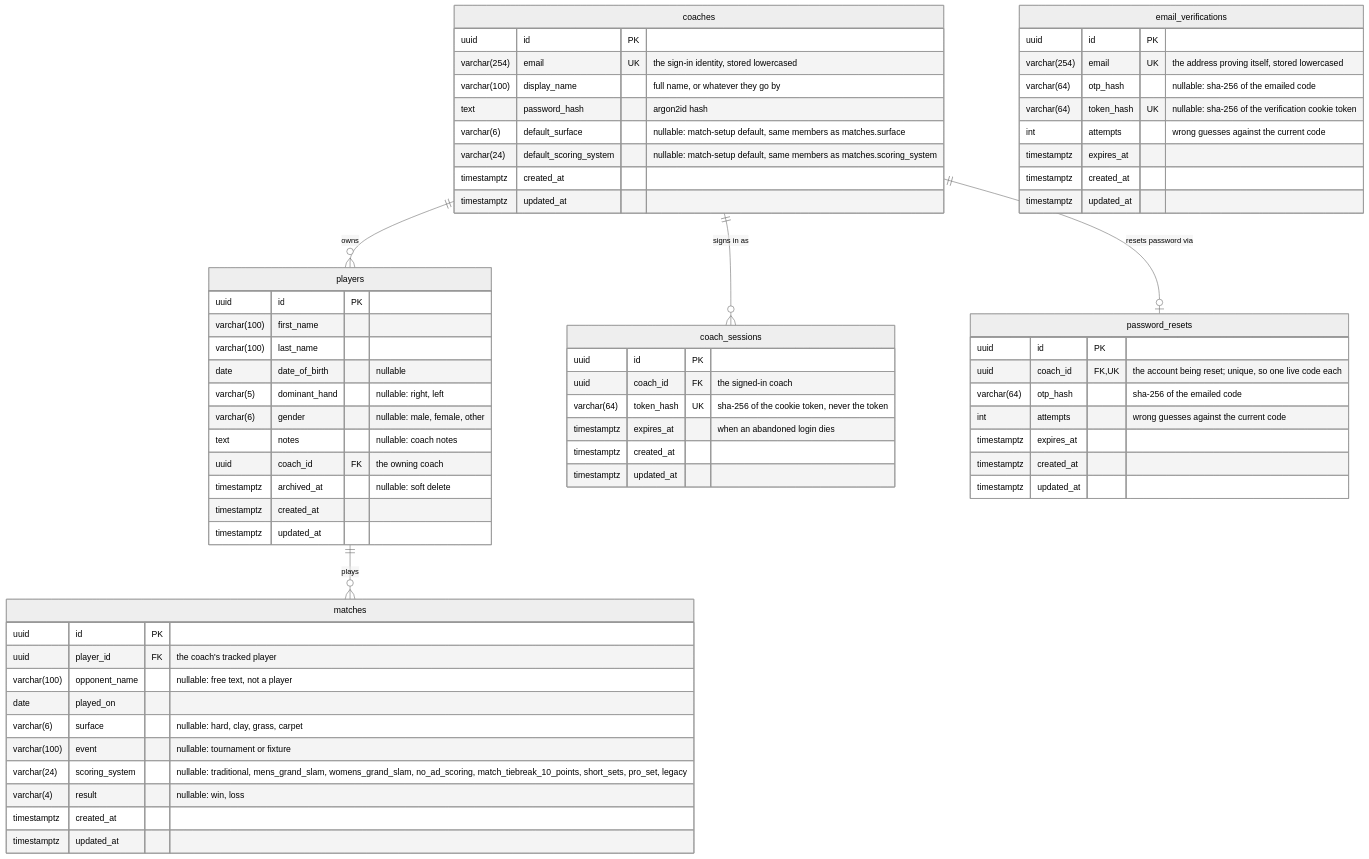
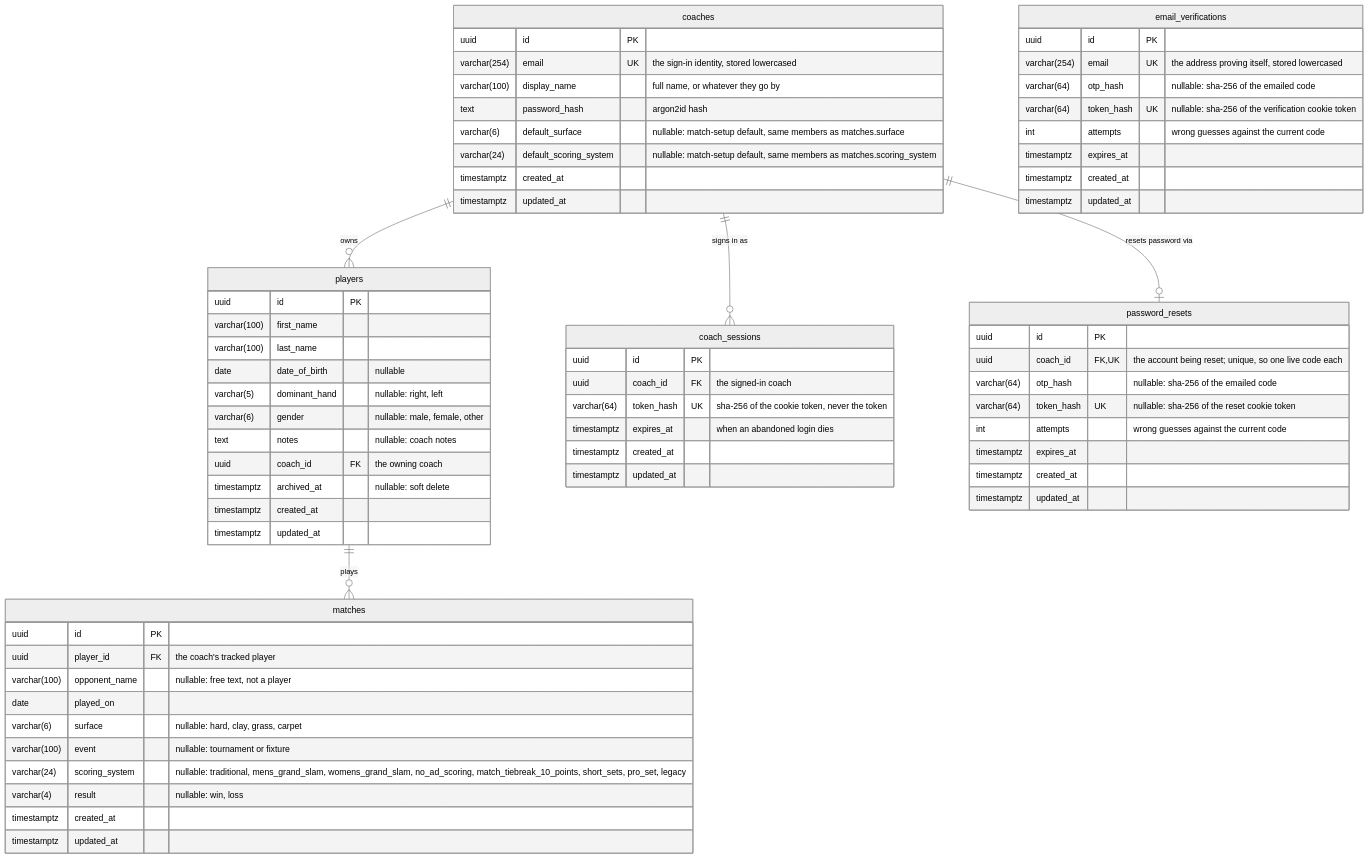
The diagram in docs/data-model.md (tkabalin/matchpoint), drawn with Mermaid (neutral theme) before and after one commit. The commit also changed other lines of this file and 17 other files, not shown here.

````diff
--- a/docs/data-model.md
+++ b/docs/data-model.md
@@ -12,75 +12,76 @@
 ```mermaid
 erDiagram
     coaches ||--o{ players : owns
     coaches ||--o{ coach_sessions : "signs in as"
     coaches ||--o| password_resets : "resets password via"
     players ||--o{ matches : plays
 
     coaches {
         uuid id PK
         varchar(254) email UK "the sign-in identity, stored lowercased"
         varchar(100) display_name "full name, or whatever they go by"
         text password_hash "argon2id hash"
         varchar(6) default_surface "nullable: match-setup default, same members as matches.surface"
         varchar(24) default_scoring_system "nullable: match-setup default, same members as matches.scoring_system"
         timestamptz created_at
         timestamptz updated_at
     }
 
     coach_sessions {
         uuid id PK
         uuid coach_id FK "the signed-in coach"
         varchar(64) token_hash UK "sha-256 of the cookie token, never the token"
         timestamptz expires_at "when an abandoned login dies"
         timestamptz created_at
         timestamptz updated_at
     }
 
     email_verifications {
         uuid id PK
         varchar(254) email UK "the address proving itself, stored lowercased"
         varchar(64) otp_hash "nullable: sha-256 of the emailed code"
         varchar(64) token_hash UK "nullable: sha-256 of the verification cookie token"
         int attempts "wrong guesses against the current code"
         timestamptz expires_at
         timestamptz created_at
         timestamptz updated_at
     }
 
     password_resets {
         uuid id PK
         uuid coach_id FK,UK "the account being reset; unique, so one live code each"
-        varchar(64) otp_hash "sha-256 of the emailed code"
+        varchar(64) otp_hash "nullable: sha-256 of the emailed code"
+        varchar(64) token_hash UK "nullable: sha-256 of the reset cookie token"
         int attempts "wrong guesses against the current code"
         timestamptz expires_at
         timestamptz created_at
         timestamptz updated_at
     }
 
     players {
         uuid id PK
         varchar(100) first_name
         varchar(100) last_name
         date date_of_birth "nullable"
         varchar(5) dominant_hand "nullable: right, left"
         varchar(6) gender "nullable: male, female, other"
         text notes "nullable: coach notes"
         uuid coach_id FK "the owning coach"
         timestamptz archived_at "nullable: soft delete"
         timestamptz created_at
         timestamptz updated_at
     }
 
     matches {
         uuid id PK
         uuid player_id FK "the coach's tracked player"
         varchar(100) opponent_name "nullable: free text, not a player"
         date played_on
         varchar(6) surface "nullable: hard, clay, grass, carpet"
         varchar(100) event "nullable: tournament or fixture"
         varchar(24) scoring_system "nullable: traditional, mens_grand_slam, womens_grand_slam, no_ad_scoring, match_tiebreak_10_points, short_sets, pro_set, legacy"
         varchar(4) result "nullable: win, loss"
         timestamptz created_at
         timestamptz updated_at
     }
 ```
````
